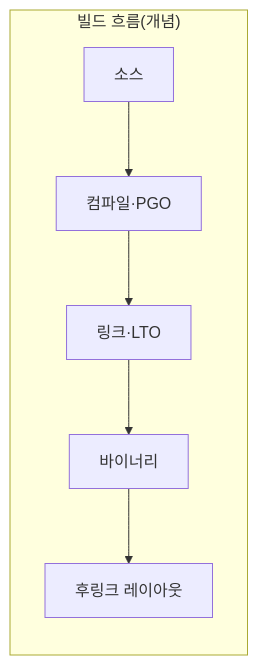
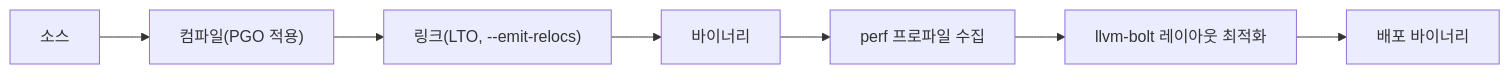
The diagram in content/collection/optimization-03-compiler/14-bolt-post-link-optimization/index.md (42jerrykim/42jerrykim.github.io), drawn with Mermaid before and after one commit. The commit also changed other lines of this file and 1 other file, not shown here.

First line of the commit message:
feat: optimization-03-compiler/14-bolt-post-link-optimization post-quality-loop 채점 완료 (100점, 통과)

````diff
--- a/content/collection/optimization-03-compiler/14-bolt-post-link-optimization/index.md
+++ b/content/collection/optimization-03-compiler/14-bolt-post-link-optimization/index.md
@@ -99,11 +98,9 @@
 ```mermaid
 flowchart LR
-  subgraph build ["빌드 흐름(개념)"]
-    A["소스"]
-    B["컴파일·PGO"]
-    C["링크·LTO"]
-    D["바이너리"]
-    E["후링크 레이아웃"]
-  end
-  A --> B --> C --> D --> E
+  A["소스"] --> B["컴파일(PGO 적용)"]
+  B --> C["링크(LTO, --emit-relocs)"]
+  C --> D["바이너리"]
+  D --> E["perf 프로파일 수집"]
+  E --> F["llvm-bolt 레이아웃 최적화"]
+  F --> G["배포 바이너리"]
 ```
````
